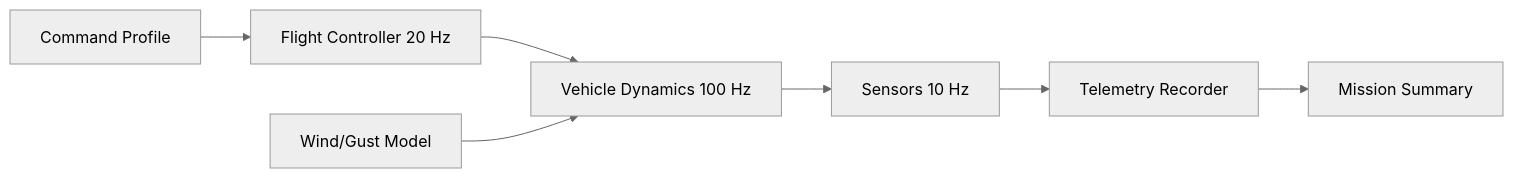
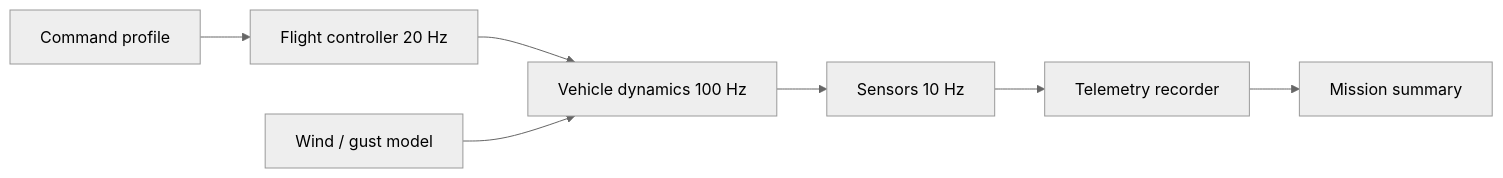
The diagram in README.md (skytruong90/Multi-Rate-6DOF-Flight-Simulator), drawn with Mermaid (neutral theme) before and after one commit. The commit also changed other lines of this file, not shown here.

````diff
--- a/README.md
+++ b/README.md
@@ -14,9 +25,9 @@
 ```mermaid
 flowchart LR
-  C[Command Profile] --> F[Flight Controller 20 Hz]
-  F --> D[Vehicle Dynamics 100 Hz]
-  W[Wind/Gust Model] --> D
+  C[Command profile] --> F[Flight controller 20 Hz]
+  F --> D[Vehicle dynamics 100 Hz]
+  W[Wind / gust model] --> D
   D --> S[Sensors 10 Hz]
-  S --> T[Telemetry Recorder]
-  T --> R[Mission Summary]
+  S --> T[Telemetry recorder]
+  T --> R[Mission summary]
 ```
````
